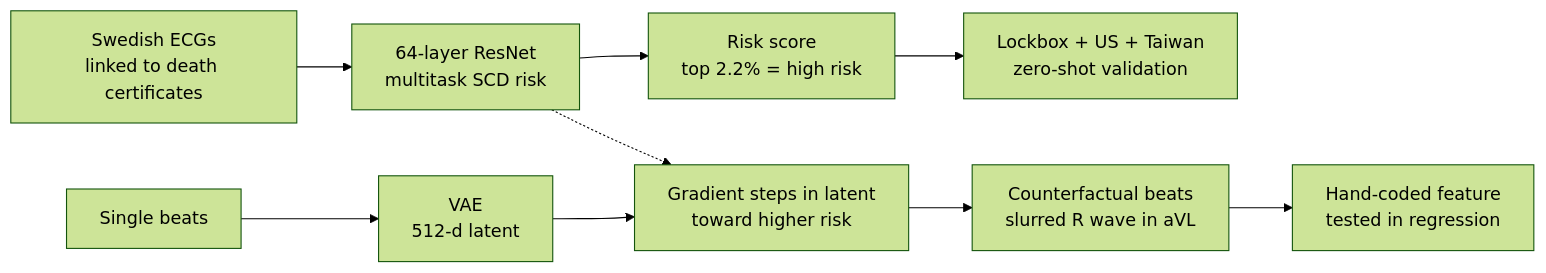
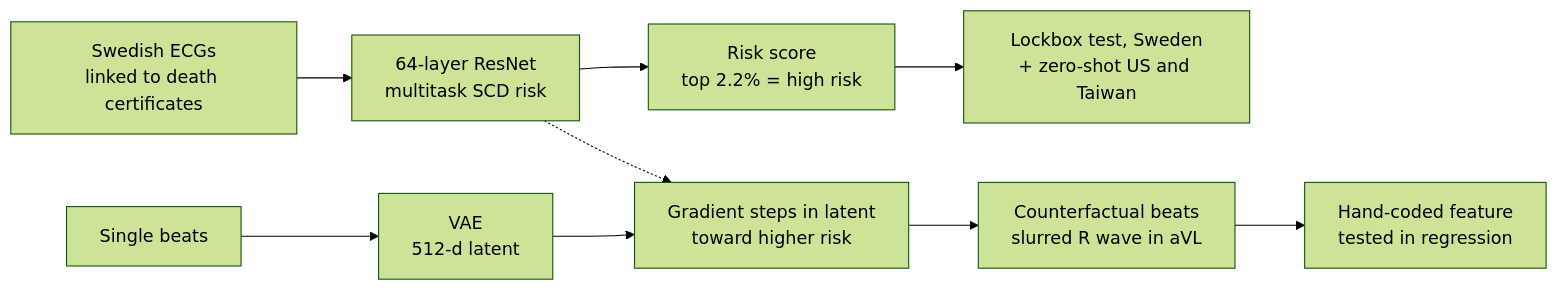
The diagram in docs/papers/imaging-nature-2026/index.md (jasonjin34/Medical_reading_material), drawn with Mermaid (forest theme) before and after one commit. The commit also changed other lines of this file and 525 other files, not shown here.

````diff
--- a/docs/papers/imaging-nature-2026/index.md
+++ b/docs/papers/imaging-nature-2026/index.md
@@ -33,11 +33,11 @@
 ```mermaid
 flowchart LR
   A["Swedish ECGs<br/>linked to death certificates"] --> B["64-layer ResNet<br/>multitask SCD risk"]
   B --> C["Risk score<br/>top 2.2% = high risk"]
-  C --> D["Lockbox + US + Taiwan<br/>zero-shot validation"]
+  C --> D["Lockbox test, Sweden<br/>+ zero-shot US and Taiwan"]
   E["Single beats"] --> F["VAE<br/>512-d latent"]
   B -.-> G["Gradient steps in latent<br/>toward higher risk"]
   F --> G
   G --> H["Counterfactual beats<br/>slurred R wave in aVL"]
   H --> I["Hand-coded feature<br/>tested in regression"]
 ```
````
